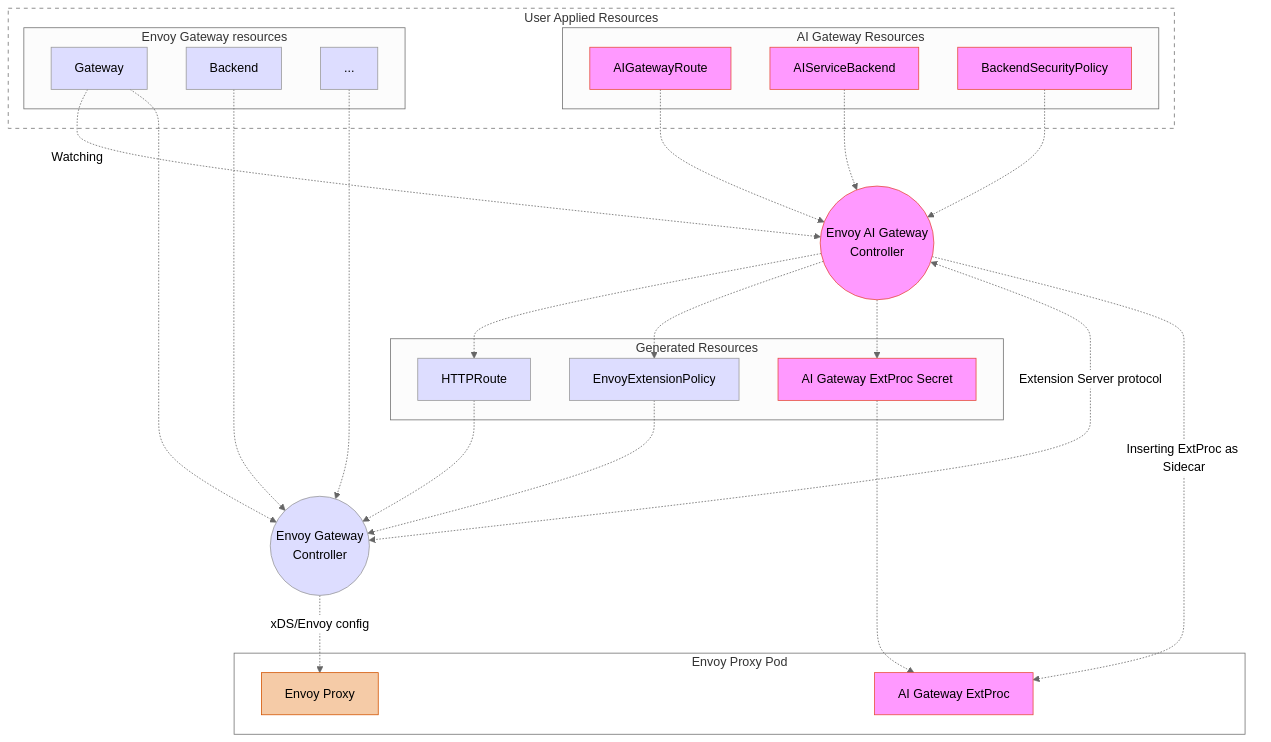
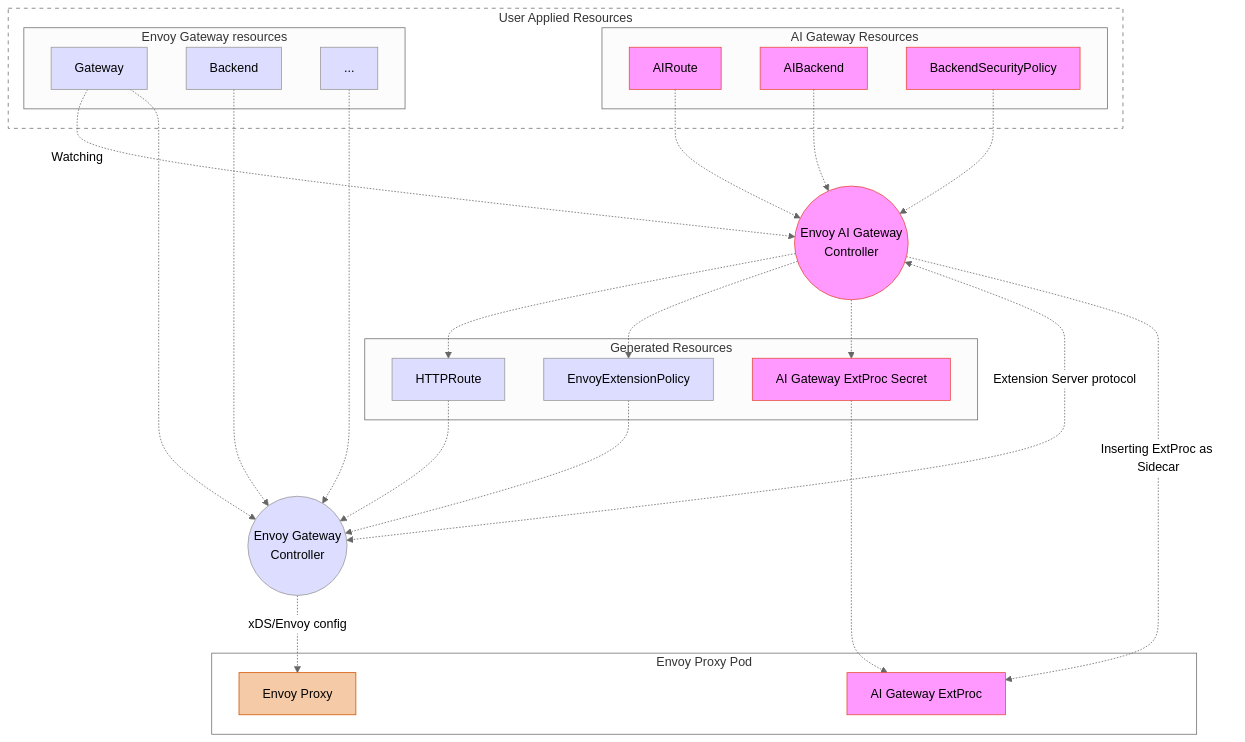
The diagram in site/docs/concepts/architecture/control-plane.md (envoyproxy/ai-gateway), drawn with Mermaid (neutral theme) before and after one commit. The commit also changed 53 other files, not shown here.

Commit message:
refactor: simplify aigw api to airoute and aibackend

````diff
--- a/site/docs/concepts/architecture/control-plane.md
+++ b/site/docs/concepts/architecture/control-plane.md
@@ -11,61 +11,61 @@
 ```mermaid
 graph TB
     %% Define styles for different component categories
     classDef aiGatewayStyle fill:#f9f,stroke:#E74C3C,color:#000
     classDef envoyGatewayStyle fill:#ddf,stroke:#none,color:#000
     classDef aiGatewayResourceStyle fill:#f9f,stroke:#E74C3C,color:#000
     classDef envoyGatewayResourceStyle fill:#ddf,stroke:#none,color:#000
     classDef generatedResourceStyle fill:#ddf,stroke:#none,color:#000
     classDef envoyProxyStyle fill:#F5CBA7,stroke:#D35400,color:#000
     classDef aiGatewayExtProcStyle fill:#f9f,stroke:#E74C3C,color:#000
 
     subgraph "UserAppliedResources"["User Applied Resources"]
         subgraph "AI Gateway Resources"
-            AIGatewayRoute:::aiGatewayResourceStyle
-            AIServiceBackend:::aiGatewayResourceStyle
+            AIRoute:::aiGatewayResourceStyle
+            AIBackend:::aiGatewayResourceStyle
             BackendSecurityPolicy:::aiGatewayResourceStyle
         end
         subgraph "Envoy Gateway resources"
             Gateway:::envoyGatewayResourceStyle
             Backend:::envoyGatewayResourceStyle
             EGDots[...]:::envoyGatewayResourceStyle
         end
     end
     style UserAppliedResources fill:none,stroke-dasharray:5
 
     AIGateway((Envoy AI Gateway
                     Controller)):::aiGatewayStyle
     EnvoyGateway((Envoy Gateway
                     Controller)):::envoyGatewayStyle
     subgraph "Generated Resources"
         HTTPRoute:::generatedResourceStyle
         EnvoyExtensionPolicy:::generatedResourceStyle
         ExtProcConfigSecret[AI Gateway ExtProc Secret]:::aiGatewayExtProcStyle
     end
 
     subgraph "EnvoyProxyPod"[Envoy Proxy Pod]
         EnvoyProxy[Envoy Proxy]:::envoyProxyStyle
         AIExtProc[AI Gateway ExtProc]:::aiGatewayExtProcStyle
     end
     style EnvoyProxyPod fill:none,stroke:5
 
-    AIGatewayRoute -.->AIGateway
-    AIServiceBackend -.->AIGateway
+    AIRoute -.->AIGateway
+    AIBackend -.->AIGateway
     BackendSecurityPolicy -.->AIGateway
     Gateway -.->|Watching|AIGateway
 
     Gateway -.->EnvoyGateway
     Backend -.->EnvoyGateway
     EGDots -.->EnvoyGateway
 
     AIGateway -.->HTTPRoute
     AIGateway -.->EnvoyExtensionPolicy
     AIGateway -.->ExtProcConfigSecret
     HTTPRoute -.->EnvoyGateway
     EnvoyExtensionPolicy -.->EnvoyGateway
     ExtProcConfigSecret -.->AIExtProc
 
     EnvoyGateway -.->|xDS/Envoy config|EnvoyProxy
     AIGateway <-.->|Extension Server protocol|EnvoyGateway
     AIGateway -.->|Inserting ExtProc as Sidecar|AIExtProc
 ```
````
